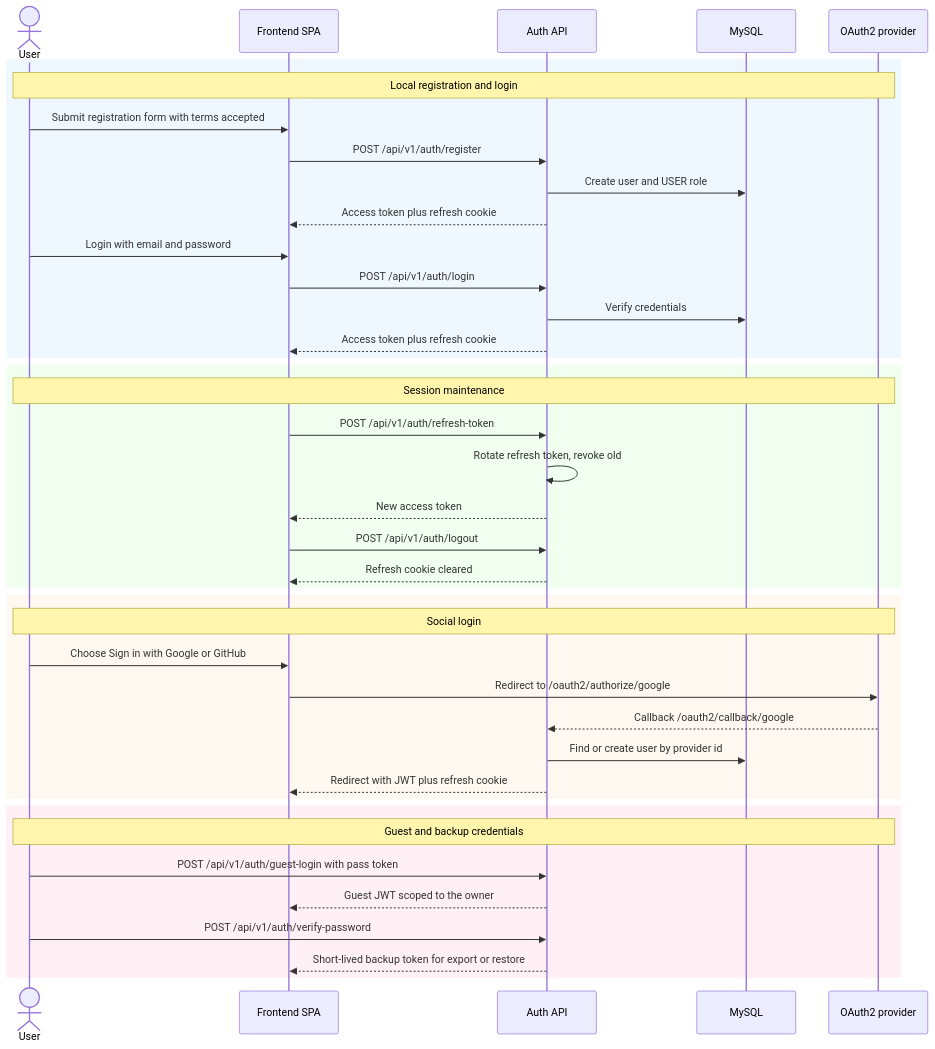
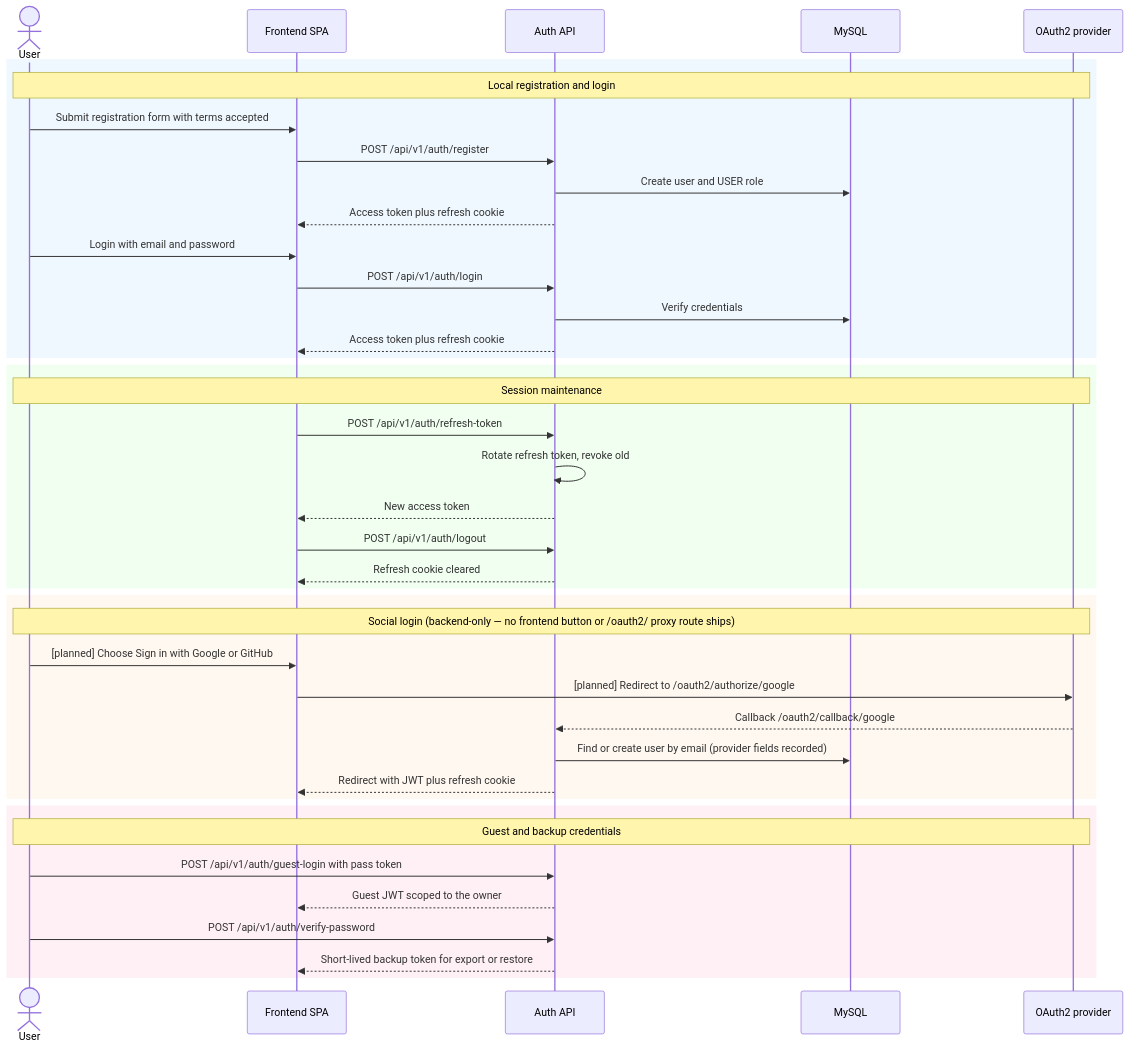
One commit to NemesisGuy/forkmyfolio-oss changed the fifth of 7 diagrams in docs/DIAGRAMS.md. Above: the diagram before and after it, drawn with Mermaid. The commit also changed other lines of this file and 38 other files, not shown here.

````diff
--- a/docs/DIAGRAMS.md
+++ b/docs/DIAGRAMS.md
@@ -156,46 +156,46 @@
 ```mermaid
 sequenceDiagram
     actor U as User
     participant F as Frontend SPA
     participant API as Auth API
     participant DB as MySQL
     participant P as OAuth2 provider
 
     rect rgb(240, 248, 255)
     Note over U,P: Local registration and login
     U->>F: Submit registration form with terms accepted
     F->>API: POST /api/v1/auth/register
     API->>DB: Create user and USER role
     API-->>F: Access token plus refresh cookie
     U->>F: Login with email and password
     F->>API: POST /api/v1/auth/login
     API->>DB: Verify credentials
     API-->>F: Access token plus refresh cookie
     end
 
     rect rgb(240, 255, 240)
     Note over U,P: Session maintenance
     F->>API: POST /api/v1/auth/refresh-token
     API->>API: Rotate refresh token, revoke old
     API-->>F: New access token
     F->>API: POST /api/v1/auth/logout
     API-->>F: Refresh cookie cleared
     end
 
     rect rgb(255, 248, 240)
-    Note over U,P: Social login
-    U->>F: Choose Sign in with Google or GitHub
-    F->>P: Redirect to /oauth2/authorize/google
+    Note over U,P: Social login (backend-only — no frontend button or /oauth2/ proxy route ships)
+    U->>F: [planned] Choose Sign in with Google or GitHub
+    F->>P: [planned] Redirect to /oauth2/authorize/google
     P-->>API: Callback /oauth2/callback/google
-    API->>DB: Find or create user by provider id
+    API->>DB: Find or create user by email (provider fields recorded)
     API-->>F: Redirect with JWT plus refresh cookie
     end
 
     rect rgb(255, 240, 245)
     Note over U,P: Guest and backup credentials
     U->>API: POST /api/v1/auth/guest-login with pass token
     API-->>F: Guest JWT scoped to the owner
     U->>API: POST /api/v1/auth/verify-password
     API-->>F: Short-lived backup token for export or restore
     end
 ```
````
